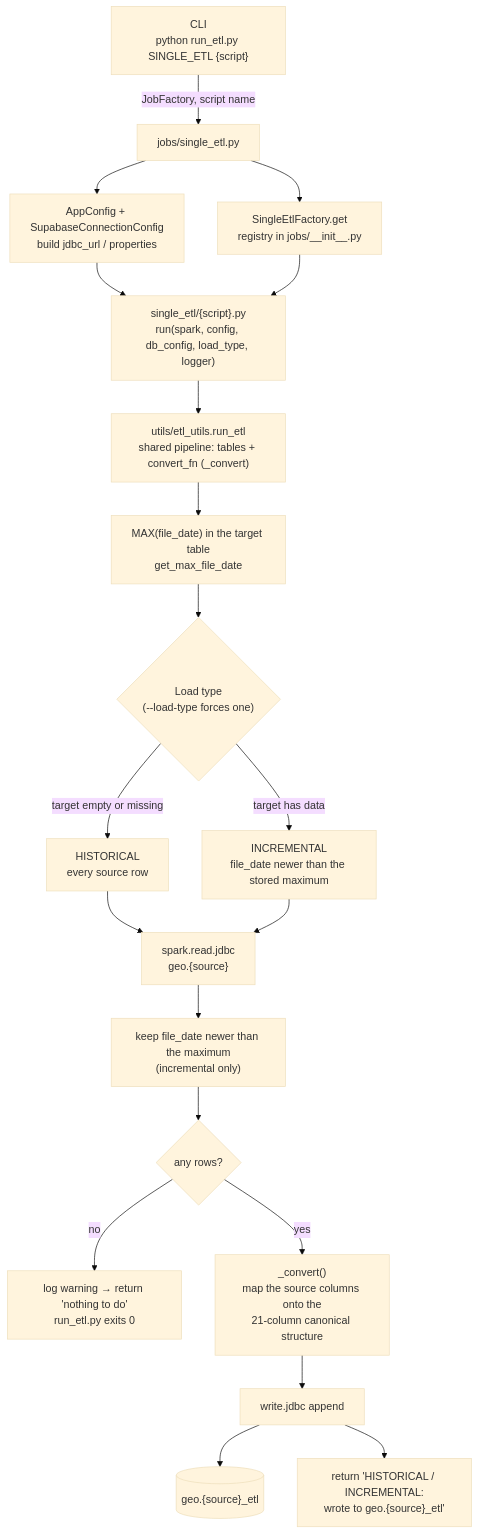
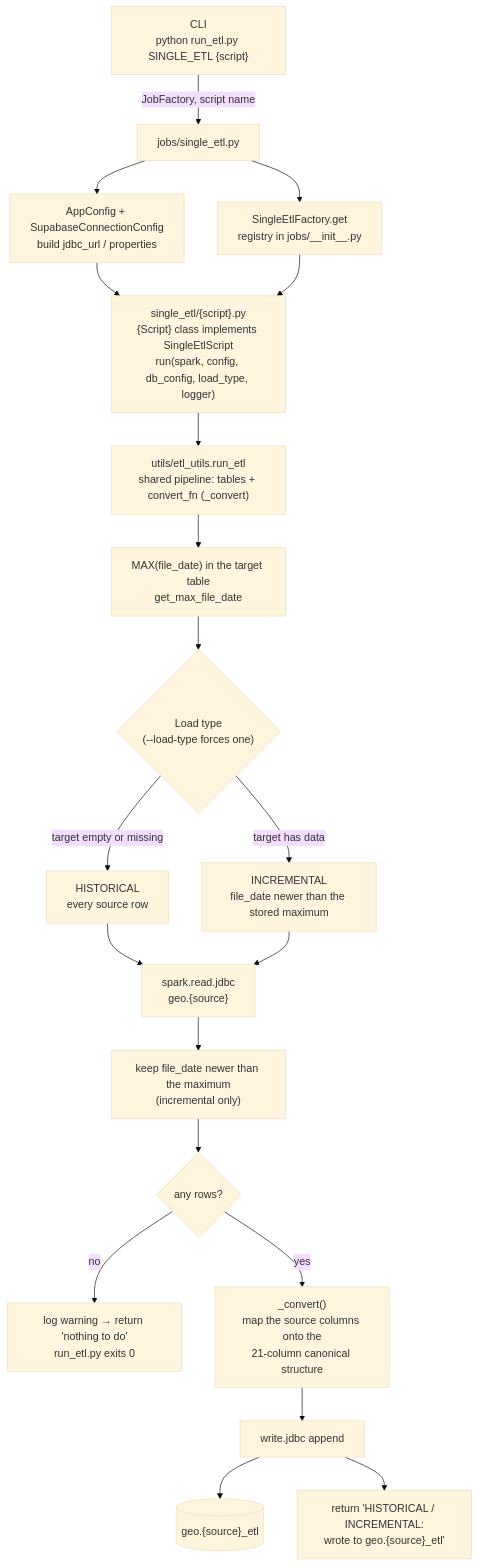
Before and after one commit to kaluzny1995/GEO_ETL: the diagram in docs/etl_jobs/single-etl.md, drawn with Mermaid (base theme). The commit also changed other lines of this file and 75 other files, not shown here.

Commit message:
Base upload, rawplain and single_etl scripts

````diff
--- a/docs/etl_jobs/single-etl.md
+++ b/docs/etl_jobs/single-etl.md
@@ -7,22 +7,22 @@
 ```mermaid
 flowchart TD
     CLI["CLI<br/>python run_etl.py SINGLE_ETL {script}"] -->|JobFactory, script name| JOB["jobs/single_etl.py"]
     JOB --> CFG["AppConfig + SupabaseConnectionConfig<br/>build jdbc_url / properties"]
     JOB --> FACT["SingleEtlFactory.get<br/>registry in jobs/__init__.py"]
-    CFG --> SCRIPT["single_etl/{script}.py<br/>run(spark, config, db_config, load_type, logger)"]
+    CFG --> SCRIPT["single_etl/{script}.py<br/>{Script} class implements SingleEtlScript<br/>run(spark, config, db_config, load_type, logger)"]
     FACT --> SCRIPT
     SCRIPT --> RUN["utils/etl_utils.run_etl<br/>shared pipeline: tables + convert_fn (_convert)"]
     RUN --> MAX["MAX(file_date) in the target table<br/>get_max_file_date"]
     MAX --> LT{"Load type<br/>(--load-type forces one)"}
     LT -->|"target empty or missing"| H["HISTORICAL<br/>every source row"]
     LT -->|"target has data"| I["INCREMENTAL<br/>file_date newer than the stored maximum"]
     H --> READ["spark.read.jdbc<br/>geo.{source}"]
     I --> READ
     READ --> FILTER["keep file_date newer than the maximum<br/>(incremental only)"]
     FILTER --> EMPTY{"any rows?"}
     EMPTY -->|"no"| SKIP["log warning → return 'nothing to do'<br/>run_etl.py exits 0"]
     EMPTY -->|"yes"| CV["_convert()<br/>map the source columns onto the<br/>21-column canonical structure"]
     CV --> WRITE["write.jdbc append"]
     WRITE --> DB[("geo.{source}_etl")]
     WRITE --> OK["return 'HISTORICAL / INCREMENTAL:<br/>wrote to geo.{source}_etl'"]
 ```
````
